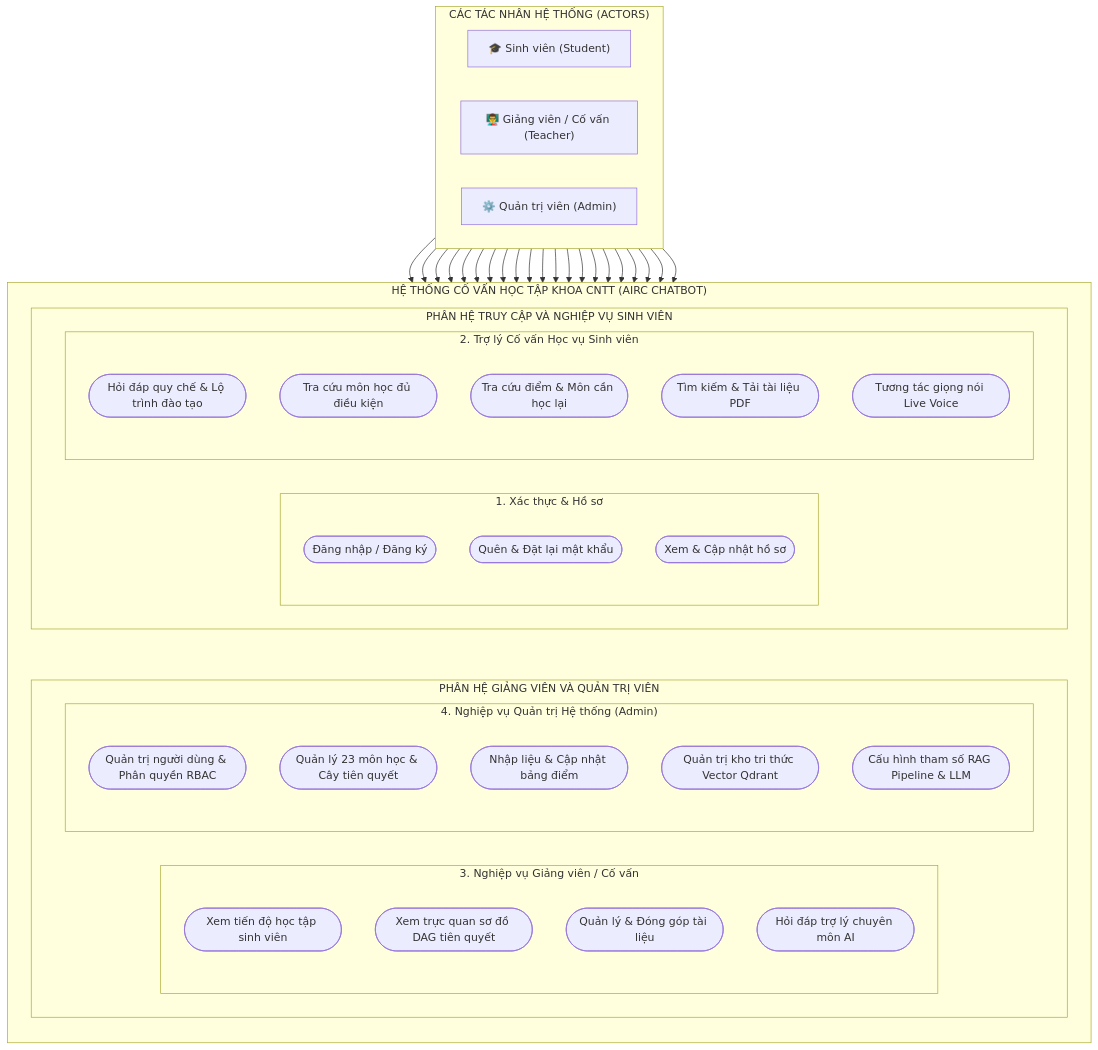
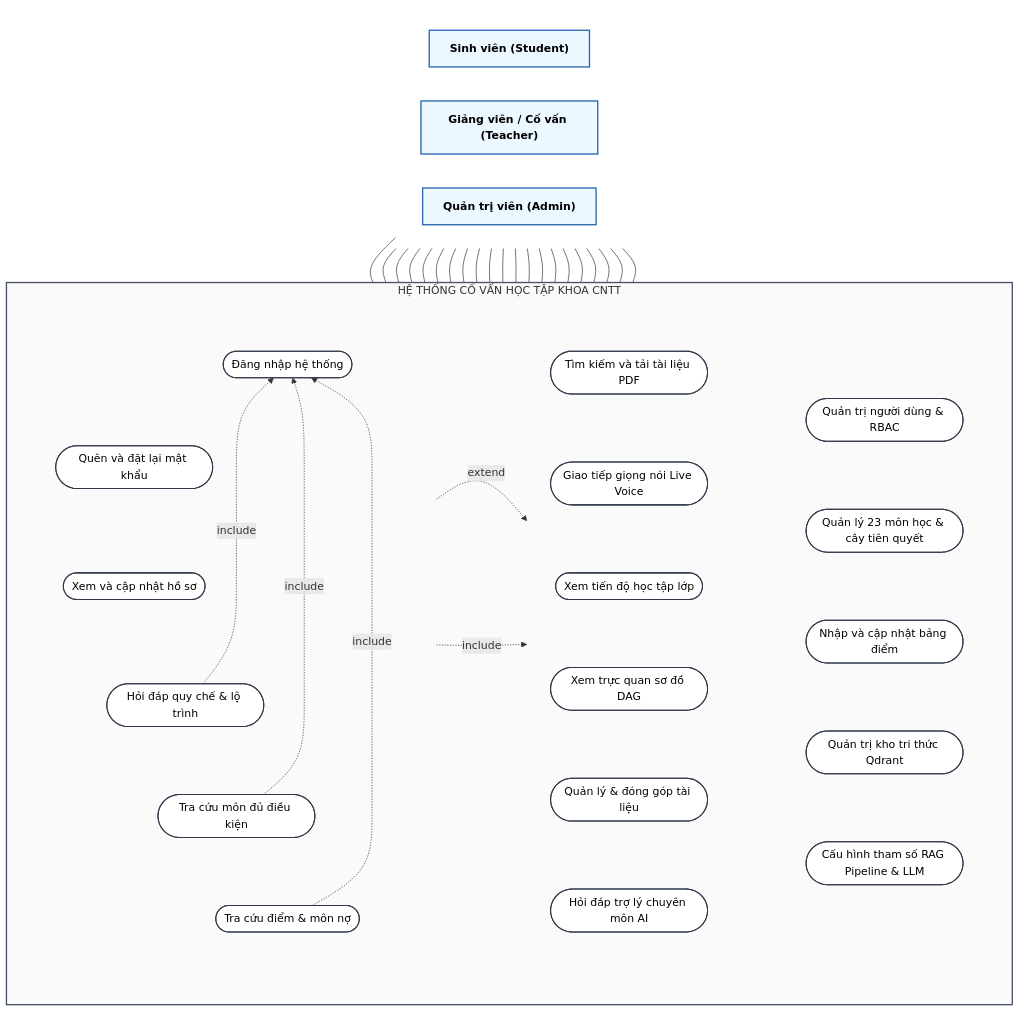
The fifth of 6 diagrams in Report/DIAGRAMS.md (hoclaptrinh33/it_student_chatbot), drawn with Mermaid before and after one commit. The commit also changed 7 other files, not shown here.

Commit message:
fix(diagrams): redesign Use Case diagram to standard UML without icons and balanced aspect ratio

````diff
--- a/Report/DIAGRAMS.md
+++ b/Report/DIAGRAMS.md
@@ -289,80 +289,100 @@
 ```mermaid
 flowchart TB
-    subgraph ACTORS["CÁC TÁC NHÂN HỆ THỐNG (ACTORS)"]
+    %% ==========================================
+    %% CÁC TÁC NHÂN HỆ THỐNG (ACTORS - CHUẨN UML KHÔNG DÙNG ICON)
+    %% ==========================================
+    subgraph ACTORS [" "]
         direction LR
-        SV["🎓 Sinh viên (Student)"]
-        GV["👨‍🏫 Giảng viên / Cố vấn (Teacher)"]
-        AD["⚙️ Quản trị viên (Admin)"]
+        SV["Sinh viên (Student)"]
+        GV["Giảng viên / Cố vấn (Teacher)"]
+        AD["Quản trị viên (Admin)"]
     end
 
-    subgraph SYSTEM["HỆ THỐNG CỐ VẤN HỌC TẬP KHOA CNTT (AIRC CHATBOT)"]
-        direction TB
+    %% ==========================================
+    %% RANH GIỚI HỆ THỐNG (SYSTEM BOUNDARY)
+    %% ==========================================
+    subgraph SYSTEM ["HỆ THỐNG CỐ VẤN HỌC TẬP KHOA CNTT"]
+        direction LR
 
-        subgraph ROW1["PHÂN HỆ TRUY CẬP VÀ NGHIỆP VỤ SINH VIÊN"]
-            direction LR
-            subgraph G1["1. Xác thực & Hồ sơ"]
-                direction TB
-                UC1(["Đăng nhập / Đăng ký"])
-                UC2(["Quên & Đặt lại mật khẩu"])
-                UC3(["Xem & Cập nhật hồ sơ"])
-            end
-            subgraph G2["2. Trợ lý Cố vấn Học vụ Sinh viên"]
-                direction TB
-                UC4(["Hỏi đáp quy chế & Lộ trình đào tạo"])
-                UC5(["Tra cứu môn học đủ điều kiện"])
-                UC6(["Tra cứu điểm & Môn cần học lại"])
-                UC7(["Tìm kiếm & Tải tài liệu PDF"])
-                UC8(["Tương tác giọng nói Live Voice"])
-            end
+        subgraph COL1 [" "]
+            direction TB
+            UC1(["Đăng nhập hệ thống"])
+            UC2(["Quên và đặt lại mật khẩu"])
+            UC3(["Xem và cập nhật hồ sơ"])
+            UC4(["Hỏi đáp quy chế & lộ trình"])
+            UC5(["Tra cứu môn đủ điều kiện"])
+            UC6(["Tra cứu điểm & môn nợ"])
         end
 
-        subgraph ROW2["PHÂN HỆ GIẢNG VIÊN VÀ QUẢN TRỊ VIÊN"]
-            direction LR
-            subgraph G3["3. Nghiệp vụ Giảng viên / Cố vấn"]
-                direction TB
-                UC9(["Xem tiến độ học tập sinh viên"])
-                UC10(["Xem trực quan sơ đồ DAG tiên quyết"])
-                UC11(["Quản lý & Đóng góp tài liệu"])
-                UC12(["Hỏi đáp trợ lý chuyên môn AI"])
-            end
-            subgraph G4["4. Nghiệp vụ Quản trị Hệ thống (Admin)"]
-                direction TB
-                UC13(["Quản trị người dùng & Phân quyền RBAC"])
-                UC14(["Quản lý 23 môn học & Cây tiên quyết"])
-                UC15(["Nhập liệu & Cập nhật bảng điểm"])
-                UC16(["Quản trị kho tri thức Vector Qdrant"])
-                UC17(["Cấu hình tham số RAG Pipeline & LLM"])
-            end
+        subgraph COL2 [" "]
+            direction TB
+            UC7(["Tìm kiếm và tải tài liệu PDF"])
+            UC8(["Giao tiếp giọng nói Live Voice"])
+            UC9(["Xem tiến độ học tập lớp"])
+            UC10(["Xem trực quan sơ đồ DAG"])
+            UC11(["Quản lý & đóng góp tài liệu"])
+            UC12(["Hỏi đáp trợ lý chuyên môn AI"])
+        end
+
+        subgraph COL3 [" "]
+            direction TB
+            UC13(["Quản trị người dùng & RBAC"])
+            UC14(["Quản lý 23 môn học & cây tiên quyết"])
+            UC15(["Nhập và cập nhật bảng điểm"])
+            UC16(["Quản trị kho tri thức Qdrant"])
+            UC17(["Cấu hình tham số RAG Pipeline & LLM"])
         end
     end
 
+    %% Định hướng và cố định thứ tự cột đứng chuẩn UML
+    UC1 ~~~ UC2 ~~~ UC3 ~~~ UC4 ~~~ UC5 ~~~ UC6
+    UC7 ~~~ UC8 ~~~ UC9 ~~~ UC10 ~~~ UC11 ~~~ UC12
+    UC13 ~~~ UC14 ~~~ UC15 ~~~ UC16 ~~~ UC17
+    COL1 ~~~ COL2 ~~~ COL3
     ACTORS ~~~ SYSTEM
-    ROW1 ~~~ ROW2
 
-    %% Liên kết Sinh viên
-    SV --> UC1
-    SV --> UC2
-    SV --> UC3
-    SV --> UC4
-    SV --> UC5
-    SV --> UC6
-    SV --> UC7
-    SV --> UC8
+    %% Quan hệ include và extend chuẩn UML giữa các Use Case
+    UC4 -.->|"include"| UC1
+    UC5 -.->|"include"| UC1
+    UC6 -.->|"include"| UC1
+    UC4 -.->|"extend"| UC8
+    UC4 -.->|"include"| UC7
 
-    %% Liên kết Giảng viên
-    GV --> UC1
-    GV --> UC3
-    GV --> UC9
-    GV --> UC10
-    GV --> UC11
-    GV --> UC12
+    %% Kết nối Actor Sinh viên với các Use Case (Associations)
+    SV --- UC1
+    SV --- UC2
+    SV --- UC3
+    SV --- UC4
+    SV --- UC5
+    SV --- UC6
+    SV --- UC7
+    SV --- UC8
 
-    %% Liên kết Quản trị viên
-    AD --> UC1
-    AD --> UC3
-    AD --> UC13
-    AD --> UC14
-    AD --> UC15
-    AD --> UC16
-    AD --> UC17
+    %% Kết nối Actor Giảng viên với các Use Case (Associations)
+    GV --- UC1
+    GV --- UC3
+    GV --- UC9
+    GV --- UC10
+    GV --- UC11
+    GV --- UC12
+
+    %% Kết nối Actor Quản trị viên với các Use Case (Associations)
+    AD --- UC1
+    AD --- UC3
+    AD --- UC13
+    AD --- UC14
+    AD --- UC15
+    AD --- UC16
+    AD --- UC17
+
+    %% Định dạng trực quan chuẩn UML
+    style ACTORS fill:none,stroke:none;
+    style COL1 fill:none,stroke:none;
+    style COL2 fill:none,stroke:none;
+    style COL3 fill:none,stroke:none;
+    classDef actorStyle fill:#EBF8FF,stroke:#2B6CB0,stroke-width:2px,font-weight:bold,color:#000000;
+    classDef ucStyle fill:#FFFFFF,stroke:#2D3748,stroke-width:1.5px,color:#000000;
+    style SYSTEM stroke:#4A5568,stroke-width:2px,fill:#FAFAFA;
+    class SV,GV,AD actorStyle;
+    class UC1,UC2,UC3,UC4,UC5,UC6,UC7,UC8,UC9,UC10,UC11,UC12,UC13,UC14,UC15,UC16,UC17 ucStyle;
 ```
````
